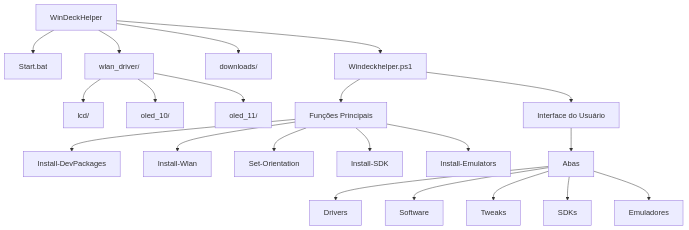
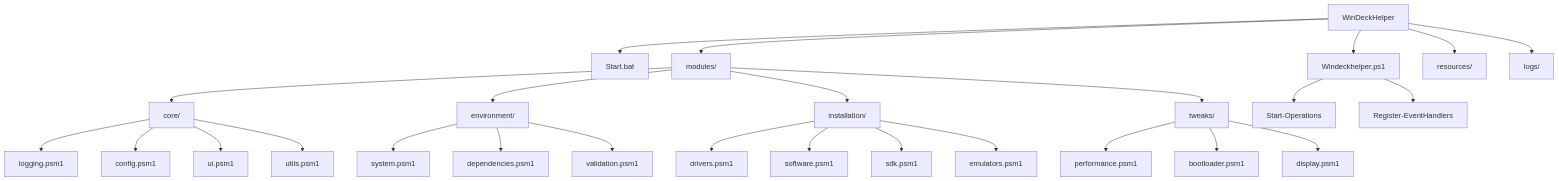
One commit to Misael-art/WinDeckHelper_RetroSDK changed the diagram in AI_GUIDELINE.md. Above: the diagram before and after it, drawn with Mermaid. The commit also changed other lines of this file and 22 other files, not shown here.

````diff
--- a/AI_GUIDELINE.md
+++ b/AI_GUIDELINE.md
@@ -18,26 +18,34 @@
 ```mermaid
 graph TD
     Root[WinDeckHelper] --> Start[Start.bat]
     Root --> Helper[Windeckhelper.ps1]
-    Root --> Downloads[downloads/]
-    Root --> WlanDriver[wlan_driver/]
+    Root --> Modules[modules/]
+    Root --> Resources[resources/]
+    Root --> Logs[logs/]
     
-    WlanDriver --> LCD[lcd/]
-    WlanDriver --> OLED10[oled_10/]
-    WlanDriver --> OLED11[oled_11/]
+    Modules --> Core[core/]
+    Modules --> Environment[environment/]
+    Modules --> Installation[installation/]
+    Modules --> Tweaks[tweaks/]
     
-    Helper --> Functions[Funções Principais]
-    Functions --> InstallDev[Install-DevPackages]
-    Functions --> InstallWlan[Install-Wlan]
-    Functions --> SetOrientation[Set-Orientation]
-    Functions --> InstallSDK[Install-SDK]
-    Functions --> InstallEmulators[Install-Emulators]
+    Core --> Logging[logging.psm1]
+    Core --> Config[config.psm1]
+    Core --> UI[ui.psm1]
+    Core --> Utils[utils.psm1]
     
-    Helper --> UI[Interface do Usuário]
-    UI --> Tabs[Abas]
-    Tabs --> DriversTab[Drivers]
-    Tabs --> SoftwareTab[Software]
-    Tabs --> TweaksTab[Tweaks]
-    Tabs --> SDKsTab[SDKs]
-    Tabs --> EmulatorsTab[Emuladores]
+    Environment --> System[system.psm1]
+    Environment --> Dependencies[dependencies.psm1]
+    Environment --> Validation[validation.psm1]
+    
+    Installation --> Drivers[drivers.psm1]
+    Installation --> Software[software.psm1]
+    Installation --> SDK[sdk.psm1]
+    Installation --> Emulators[emulators.psm1]
+    
+    Tweaks --> Performance[performance.psm1]
+    Tweaks --> Bootloader[bootloader.psm1]
+    Tweaks --> Display[display.psm1]
+    
+    Helper --> MainFunction[Start-Operations]
+    Helper --> EventHandlers[Register-EventHandlers]
 ```
````
